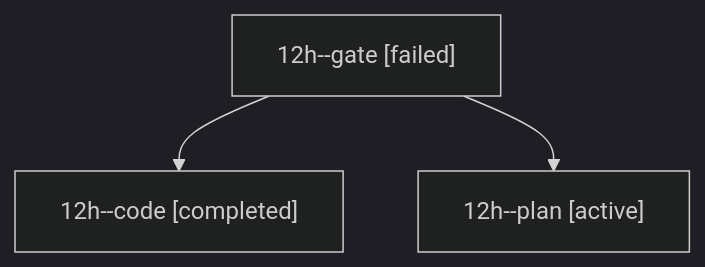
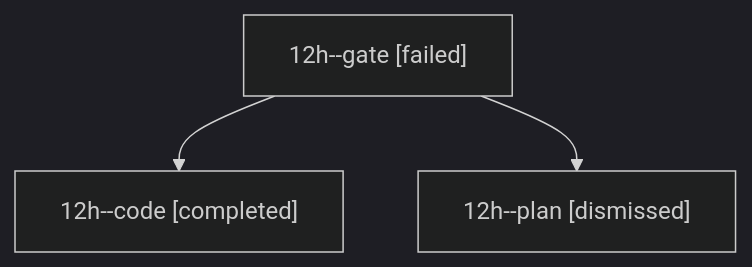
The diagram in sessions/bbugyi200.athena.12h.md (bobs-org/bob-cli--agents), drawn with Mermaid (dark theme) before and after one commit. The commit also changed other lines of this file and 28 other files, not shown here.

````diff
--- a/sessions/bbugyi200.athena.12h.md
+++ b/sessions/bbugyi200.athena.12h.md
@@ -9,8 +9,8 @@
 ```mermaid
 flowchart TD
   n0["12h--gate [failed]"]
   n1["12h--code [completed]"]
   n0 --> n1
-  n2["12h--plan [active]"]
+  n2["12h--plan [dismissed]"]
   n0 --> n2
 ```
````
